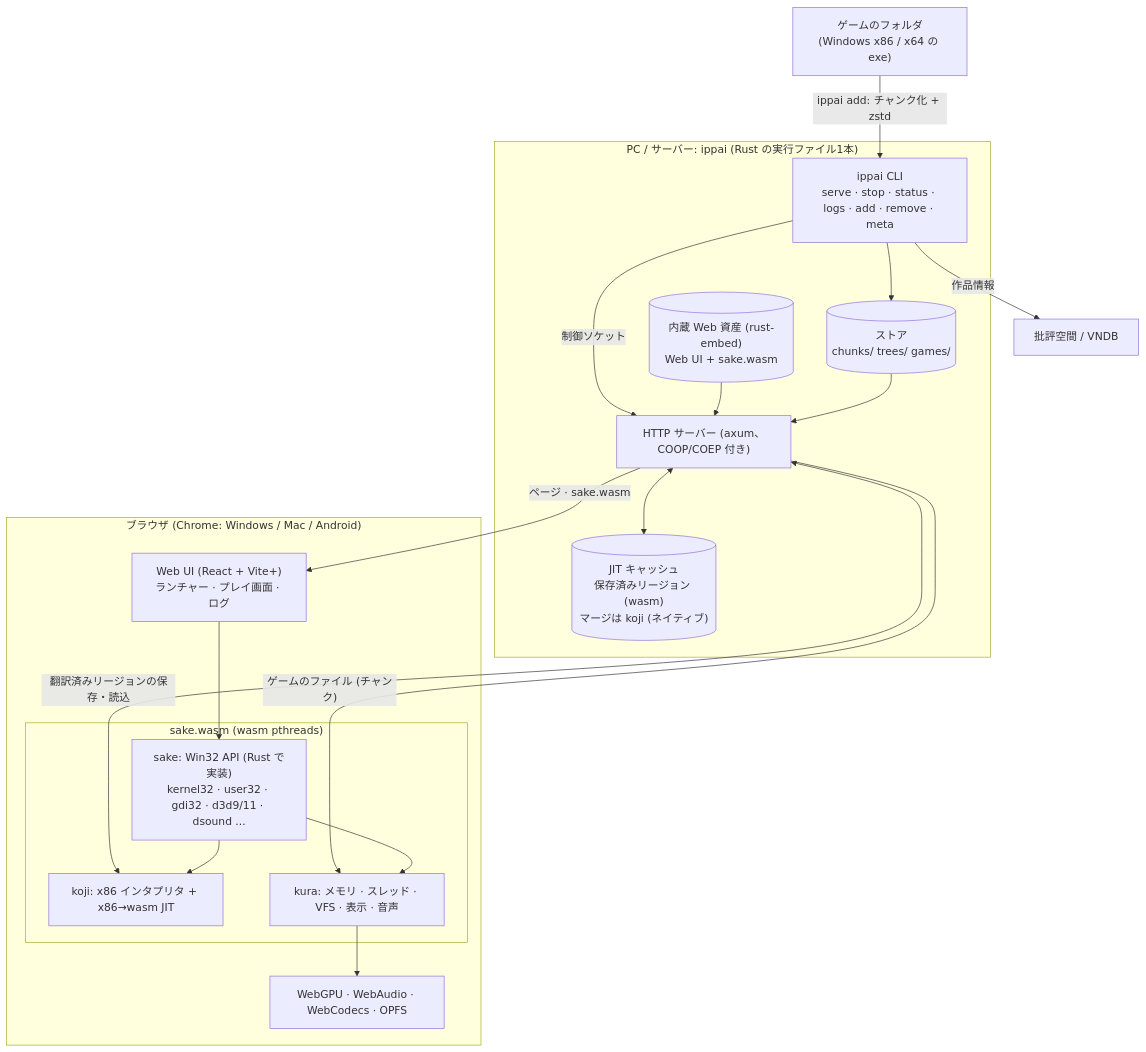
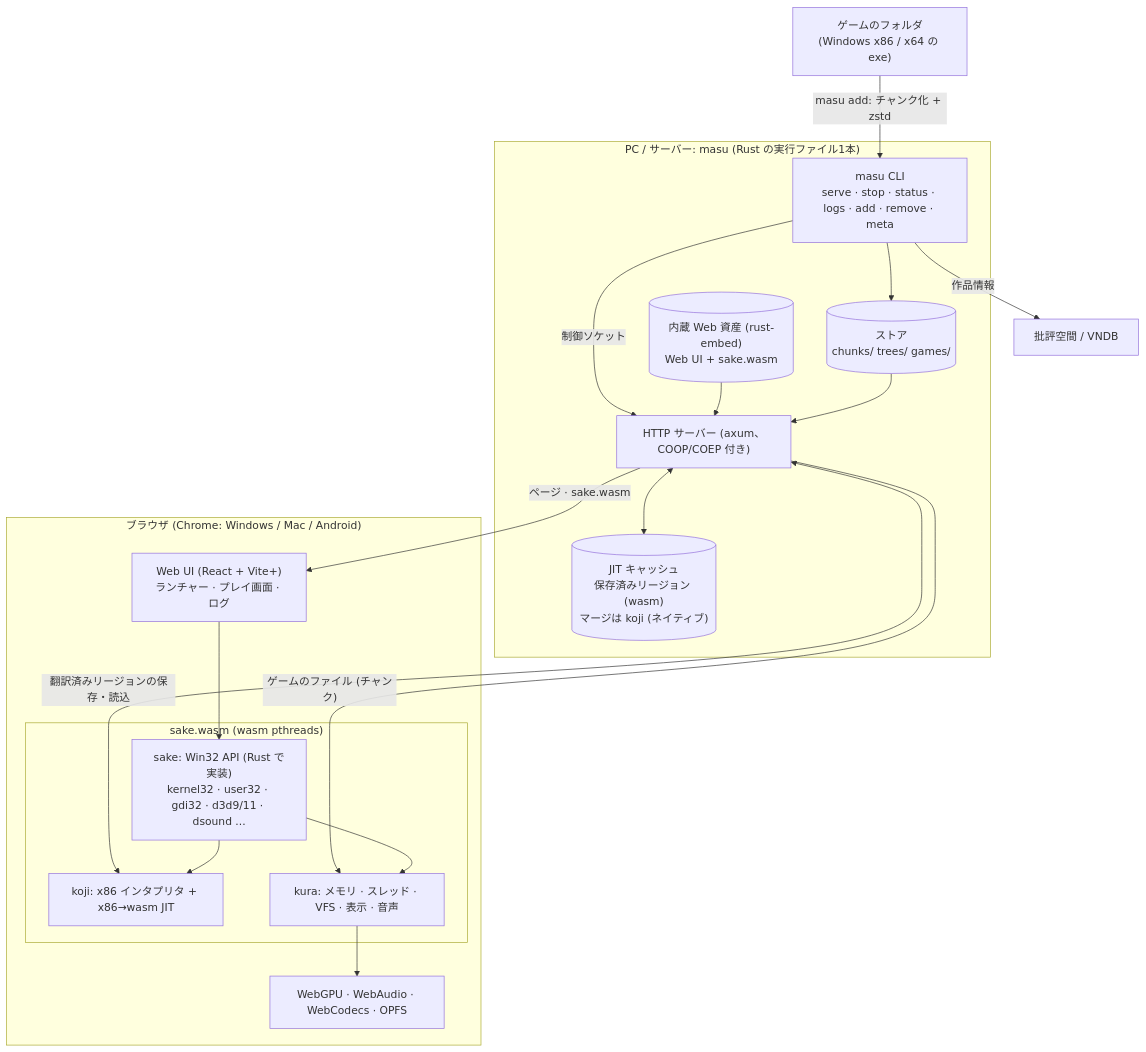
Before and after one commit to a-kaibu/ippai: the diagram in README.md, drawn with Mermaid. The commit also changed other lines of this file and 422 other files, not shown here.

First line of the commit message:
Rename the project to masu (ippai, vnbox, vnrun -> masu)

````diff
--- a/README.md
+++ b/README.md
@@ -7,38 +7,38 @@
 ```mermaid
 flowchart TB
   GAME["ゲームのフォルダ<br/>(Windows x86 / x64 の exe)"]
   META["批評空間 / VNDB"]
 
-  subgraph PC["PC / サーバー: ippai (Rust の実行ファイル1本)"]
-    CLI["ippai CLI<br/>serve · stop · status · logs · add · remove · meta"]
+  subgraph PC["PC / サーバー: masu (Rust の実行ファイル1本)"]
+    CLI["masu CLI<br/>serve · stop · status · logs · add · remove · meta"]
     SRV["HTTP サーバー (axum、COOP/COEP 付き)"]
     EMB[("内蔵 Web 資産 (rust-embed)<br/>Web UI + sake.wasm")]
     STORE[("ストア<br/>chunks/ trees/ games/")]
     JITC[("JIT キャッシュ<br/>保存済みリージョン (wasm)<br/>マージは koji (ネイティブ)")]
   end
 
   subgraph BR["ブラウザ (Chrome: Windows / Mac / Android)"]
     UI["Web UI (React + Vite+)<br/>ランチャー · プレイ画面 · ログ"]
     subgraph WASM["sake.wasm (wasm pthreads)"]
       SAKE["sake: Win32 API (Rust で実装)<br/>kernel32 · user32 · gdi32 · d3d9/11 · dsound ..."]
       KOJI["koji: x86 インタプリタ + x86→wasm JIT"]
       KURA["kura: メモリ · スレッド · VFS · 表示 · 音声"]
     end
     WEBAPI["WebGPU · WebAudio · WebCodecs · OPFS"]
   end
 
-  GAME -- "ippai add: チャンク化 + zstd" --> CLI
+  GAME -- "masu add: チャンク化 + zstd" --> CLI
   CLI -- "作品情報" --> META
   CLI --> STORE
   CLI -- "制御ソケット" --> SRV
   EMB --> SRV
   STORE --> SRV
   SRV <--> JITC
   SRV -- "ページ · sake.wasm" --> UI
   SRV -- "ゲームのファイル (チャンク)" --> KURA
   SRV <-- "翻訳済みリージョンの保存・読込" --> KOJI
   UI --> SAKE
   SAKE --> KOJI
   SAKE --> KURA
   KURA --> WEBAPI
 ```
````
